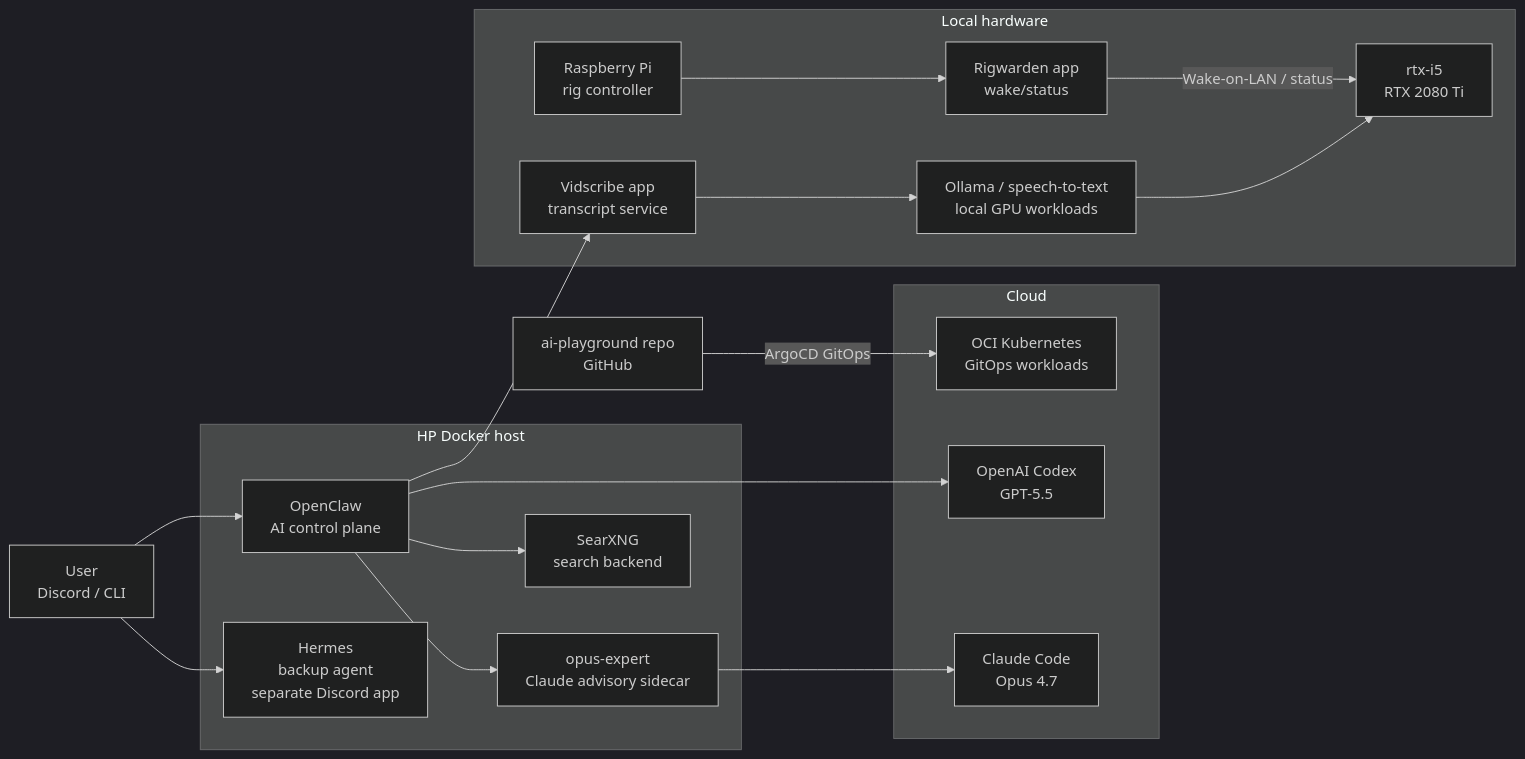
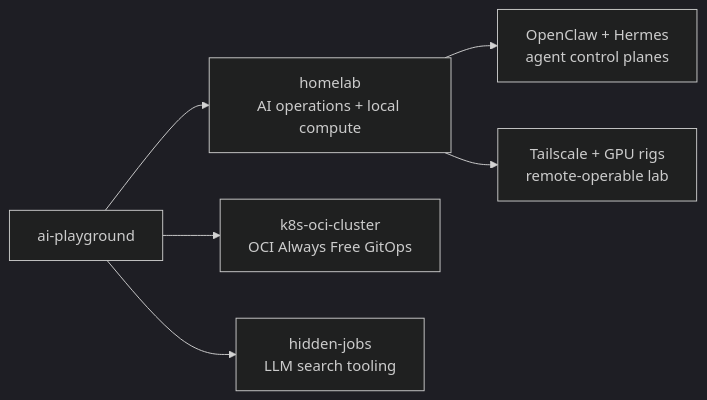
One commit to maslankalm/ai-playground changed the diagram in README.md. Above: the diagram before and after it, drawn with Mermaid (dark theme). The commit also changed other lines of this file and 8 other files, not shown here.

````diff
--- a/README.md
+++ b/README.md
@@ -9,39 +9,16 @@
 ```mermaid
 flowchart LR
-    USER["User<br/>Discord / CLI"]
-    REPO["ai-playground repo<br/>GitHub"]
+    REPO["ai-playground"]
+    HOMELAB["homelab<br/>AI operations + local compute"]
+    K8S["k8s-oci-cluster<br/>OCI Always Free GitOps"]
+    HIDDEN["hidden-jobs<br/>LLM search tooling"]
 
-    subgraph Cloud["Cloud"]
-        K8S["OCI Kubernetes<br/>GitOps workloads"]
-        OPENAI["OpenAI Codex<br/>GPT-5.5"]
-        CLAUDE["Claude Code<br/>Opus 4.7"]
-    end
+    AGENTS["OpenClaw + Hermes<br/>agent control planes"]
+    LAB["Tailscale + GPU rigs<br/>remote-operable lab"]
 
-    subgraph HP["HP Docker host"]
-        OC["OpenClaw<br/>AI control plane"]
-        HM["Hermes<br/>backup agent<br/>separate Discord app"]
-        OE["opus-expert<br/>Claude advisory sidecar"]
-        SX["SearXNG<br/>search backend"]
-    end
-
-    subgraph Local["Local hardware"]
-        PI["Raspberry Pi<br/>rig controller"]
-        RW["Rigwarden app<br/>wake/status"]
-        RTX["rtx-i5<br/>RTX 2080 Ti"]
-        VS["Vidscribe app<br/>transcript service"]
-        OLLAMA_LOCAL["Ollama / speech-to-text<br/>local GPU workloads"]
-    end
-
-    USER --> OC
-    USER --> HM
-    REPO -->|ArgoCD GitOps| K8S
-    OC --> OPENAI
-    OC --> OE
-    OC --> SX
-    OE --> CLAUDE
-    PI --> RW
-    RW -->|Wake-on-LAN / status| RTX
-    OC --> VS
-    VS --> OLLAMA_LOCAL
-    OLLAMA_LOCAL --> RTX
+    REPO --> HOMELAB
+    REPO --> K8S
+    REPO --> HIDDEN
+    HOMELAB --> AGENTS
+    HOMELAB --> LAB
 ```
````
